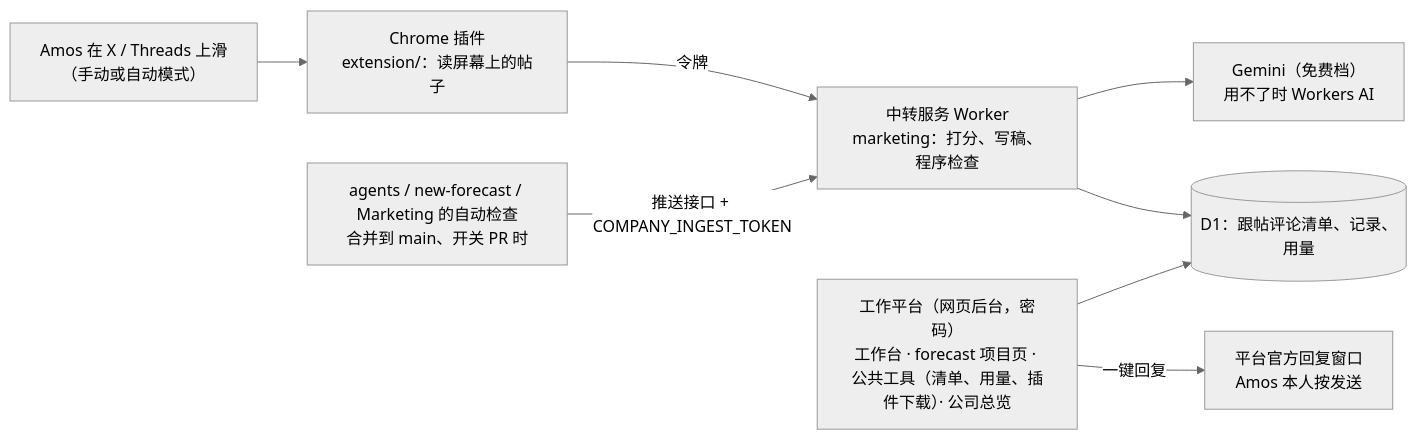
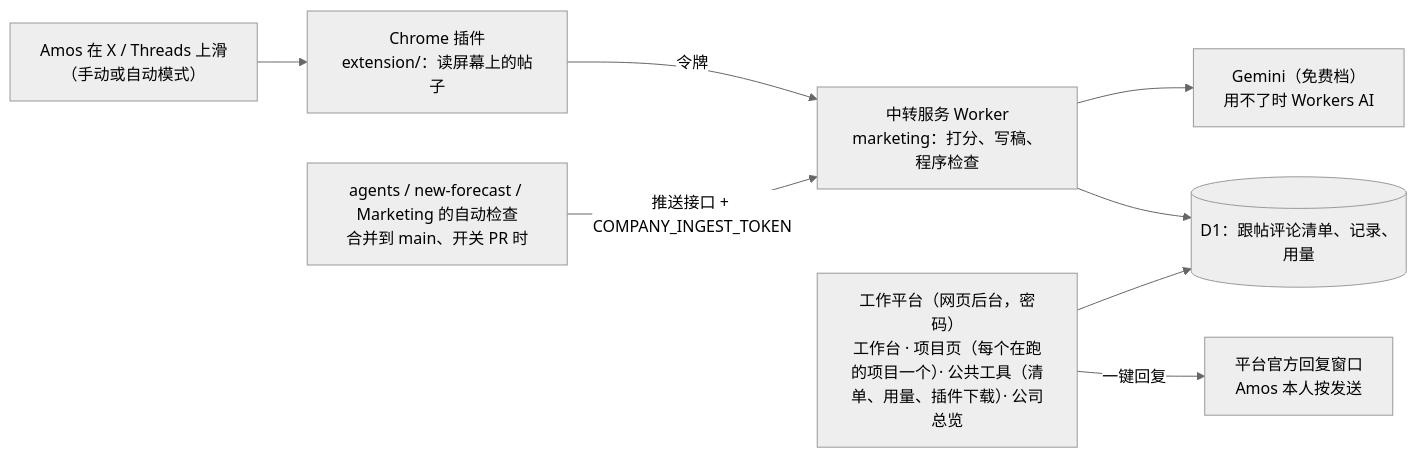
The diagram in 项目地图.md (dollar3651314/Marketing), drawn with Mermaid (neutral theme) before and after one commit. The commit also changed other lines of this file and 8 other files, not shown here.

````diff
--- a/项目地图.md
+++ b/项目地图.md
@@ -10,10 +10,10 @@
 ```mermaid
 flowchart LR
     A["Amos 在 X / Threads 上滑<br/>（手动或自动模式）"] --> P["Chrome 插件<br/>extension/：读屏幕上的帖子"]
     P -->|"令牌"| R["中转服务 Worker<br/>marketing：打分、写稿、程序检查"]
     R --> G["Gemini（免费档）<br/>用不了时 Workers AI"]
     R --> D[("D1：跟帖评论清单、记录、用量")]
-    B["工作平台（网页后台，密码）<br/>工作台 · forecast 项目页 · 公共工具（清单、用量、插件下载）· 公司总览"] --> D
+    B["工作平台（网页后台，密码）<br/>工作台 · 项目页（每个在跑的项目一个）· 公共工具（清单、用量、插件下载）· 公司总览"] --> D
     B -->|"一键回复"| O["平台官方回复窗口<br/>Amos 本人按发送"]
     C["agents / new-forecast / Marketing 的自动检查<br/>合并到 main、开关 PR 时"] -->|"推送接口 + COMPANY_INGEST_TOKEN"| R
 ```
````
